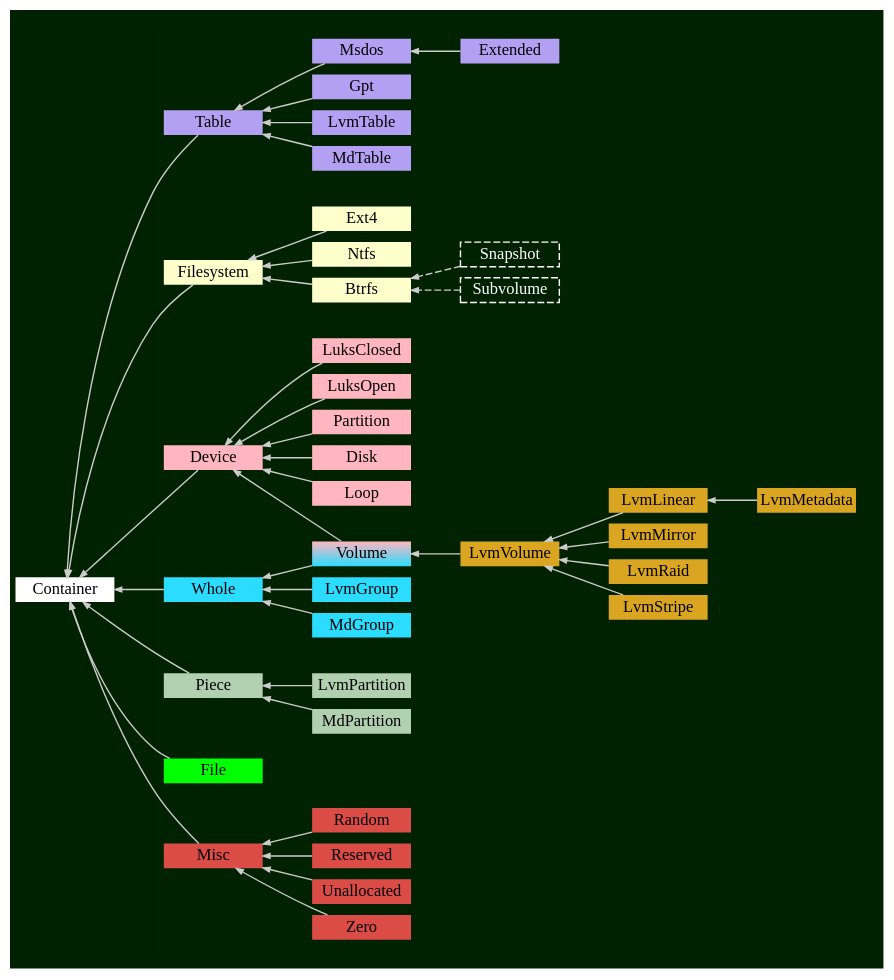
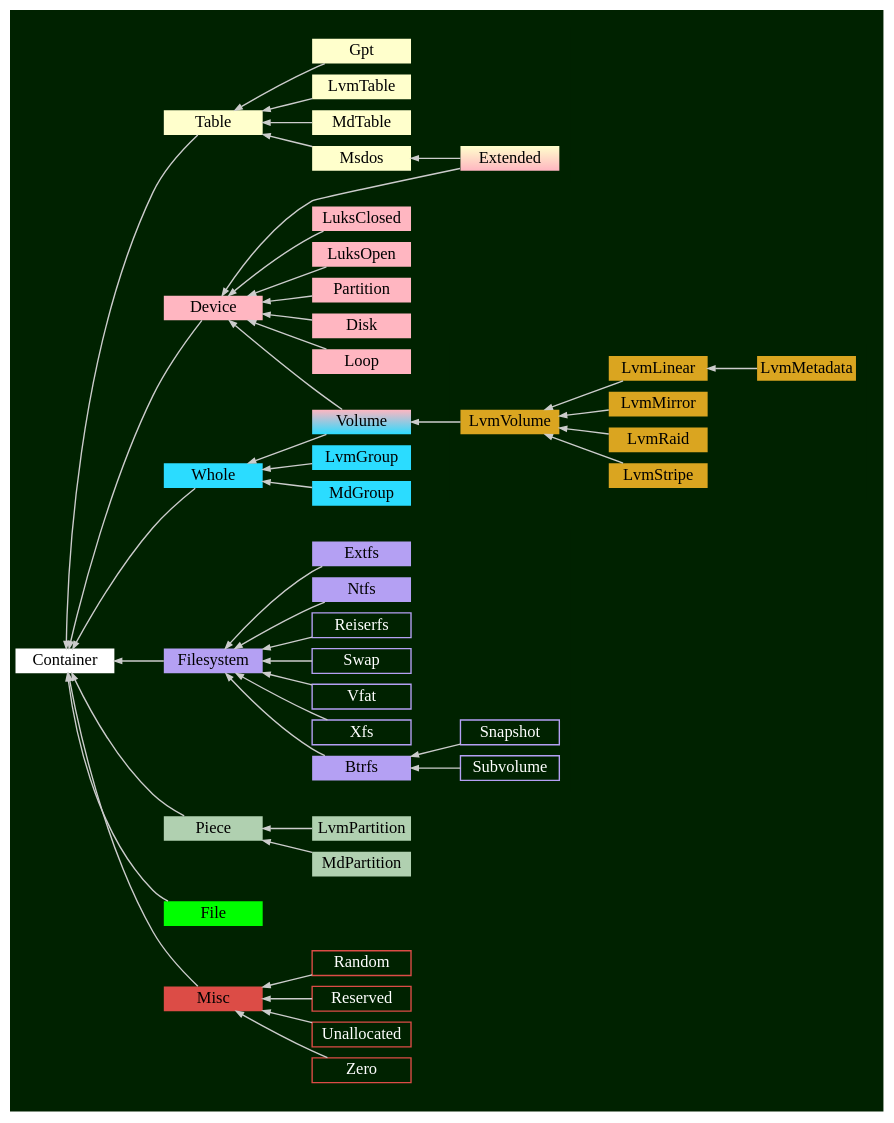
Before and after one commit to flatcap/dparted: the diagram in gfx/class_dparted4.gv, drawn with Graphviz. The commit also changed 9 other files, not shown here.

```diff
--- a/gfx/class_dparted4.gv
+++ b/gfx/class_dparted4.gv
@@ -1,134 +1,165 @@
 digraph G
 {
 	graph [ rankdir="RL" bgcolor="#002200", color=white nodesep=0.1 ranksep=0.5 ];
 	node  [ shape=record fontsize=12 style=filled color=white width="1.0" height="0.25" fixedsize=true penwidth=0 ];
 	edge  [ penwidth=1.0 color="#CCCCCC" arrowsize=0.5 ];
 
 	Container      [ fillcolor="#FFFFFF" ];
 
-	Extended       [ fillcolor="#B4A0F3" ];
-	Gpt            [ fillcolor="#B4A0F3" ];
-	LvmTable       [ fillcolor="#B4A0F3" ];
-	MdTable        [ fillcolor="#B4A0F3" ];
-	Msdos          [ fillcolor="#B4A0F3" ];
-	Table          [ fillcolor="#B4A0F3" ];
+	Table          [ fillcolor="#FFFFCC" ];
+	Gpt            [ fillcolor="#FFFFCC" ];
+	LvmTable       [ fillcolor="#FFFFCC" ];
+	MdTable        [ fillcolor="#FFFFCC" ];
+	Msdos          [ fillcolor="#FFFFCC" ];
+	Extended       [ fillcolor="#FFFFCC:#FFB6C1" gradientangle=270 ];
 
-	Btrfs          [ fillcolor="#FFFFCC" ];
-	Ext4           [ fillcolor="#FFFFCC" ];
-	Filesystem     [ fillcolor="#FFFFCC" ];
-	Ntfs           [ fillcolor="#FFFFCC" ];
+	Btrfs          [ fillcolor="#B4A0F3" ];
+	Extfs          [ fillcolor="#B4A0F3" ];
+	Filesystem     [ fillcolor="#B4A0F3" ];
+	Ntfs           [ fillcolor="#B4A0F3" ];
 
-	BtrfsSnapshot  [ label="Snapshot"  fontcolor=white style=dashed penwidth=1 ];
-	BtrfsSubvolume [ label="Subvolume" fontcolor=white style=dashed penwidth=1 ];
+	Reiserfs       [ color="#B4A0F3" fontcolor=white style=solid penwidth=1 ];
+	Swap           [ color="#B4A0F3" fontcolor=white style=solid penwidth=1 ];
+	Vfat           [ color="#B4A0F3" fontcolor=white style=solid penwidth=1 ];
+	Xfs            [ color="#B4A0F3" fontcolor=white style=solid penwidth=1 ];
+
+	BtrfsSnapshot  [ label="Snapshot"  color="#B4A0F3" fontcolor=white style=solid penwidth=1 ];
+	BtrfsSubvolume [ label="Subvolume" color="#B4A0F3" fontcolor=white style=solid penwidth=1 ];
 
 	Volume         [ fillcolor="#2BDCFF:#FFB6C1" gradientangle=90 ];
 	Whole          [ fillcolor="#2BDCFF" ];
 
 	LvmLinear      [ fillcolor="#DAA520" ];
 	LvmMetadata    [ fillcolor="#DAA520" ];
 	LvmMirror      [ fillcolor="#DAA520" ];
 	LvmRaid        [ fillcolor="#DAA520" ];
 	LvmStripe      [ fillcolor="#DAA520" ];
 	LvmVolume      [ fillcolor="#DAA520" ];
+
+	/*
+	MdLinear       [ fillcolor="#A5DA20" ];
+	MdMirror       [ fillcolor="#A5DA20" ];
+	MdRaid         [ fillcolor="#A5DA20" ];
+	MdStripe       [ fillcolor="#A5DA20" ];
+	MdVolume       [ fillcolor="#A5DA20" ];
+	*/
 
 	Device         [ fillcolor="#FFB6C1" ];
 	LuksClosed     [ fillcolor="#FFB6C1" ];
 	LuksOpen       [ fillcolor="#FFB6C1" ];
 	Partition      [ fillcolor="#FFB6C1" ];
 
 	Disk           [ fillcolor="#FFB6C1" ];
 	Loop           [ fillcolor="#FFB6C1" ];
 
 	LvmPartition   [ fillcolor="#B0D0B0" ];
 	MdPartition    [ fillcolor="#B0D0B0" ];
 	Piece          [ fillcolor="#B0D0B0" ];
 
 	File           [ fillcolor="#00FF00" ];
 
 	Misc           [ fillcolor="#DC4C46" ];
-	Random         [ fillcolor="#DC4C46" ];
-	Reserved       [ fillcolor="#DC4C46" ];
-	Unallocated    [ fillcolor="#DC4C46" ];
-	Zero           [ fillcolor="#DC4C46" ];
+	Random         [ color="#DC4C46" fontcolor=white style=solid penwidth=1 ];
+	Reserved       [ color="#DC4C46" fontcolor=white style=solid penwidth=1 ];
+	Unallocated    [ color="#DC4C46" fontcolor=white style=solid penwidth=1 ];
+	Zero           [ color="#DC4C46" fontcolor=white style=solid penwidth=1 ];
 
 	LvmGroup       [ fillcolor="#2BDCFF" ];
 	MdGroup        [ fillcolor="#2BDCFF" ];
 
 	Device     -> Container;
 	Filesystem -> Container;
 	Misc       -> Container;
 	Piece      -> Container;
 	Table      -> Container;
 	Whole      -> Container;
 
 	File       -> Container;
 
 	LvmVolume  -> Volume;
+	//MdVolume   -> Volume;
+
+	Extended   -> Device;
 
 	subgraph cluster_1 {
 		color = transparent;
 
 		Extended             -> Msdos;
 
 		Gpt                  -> Table;
 		LvmTable             -> Table;
 		MdTable              -> Table;
 		Msdos                -> Table;
 	}
 
 	subgraph cluster_2 {
 		color = transparent;
 
-		Ext4                 -> Filesystem;
+		Btrfs                -> Filesystem;
+		Extfs                -> Filesystem;
 		Ntfs                 -> Filesystem;
-		Btrfs                -> Filesystem;
+		Reiserfs             -> Filesystem;
+		Swap                 -> Filesystem;
+		Vfat                 -> Filesystem;
+		Xfs                  -> Filesystem;
 
-		BtrfsSubvolume       -> Btrfs [ style=dashed ];
-		BtrfsSnapshot        -> Btrfs [ style=dashed ];
+		BtrfsSubvolume       -> Btrfs;
+		BtrfsSnapshot        -> Btrfs;
 	}
 
 	subgraph cluster_3 {
 		color = transparent;
 
 		Zero                 -> Misc;
 		Random               -> Misc;
 		Reserved             -> Misc;
 		Unallocated          -> Misc;
 	}
 
 	subgraph cluster_4 {
 		color = transparent;
 
 		LvmPartition         -> Piece;
 		MdPartition          -> Piece;
 	}
 
 	subgraph cluster_5 {
 		color = transparent;
 
 		LvmMetadata          -> LvmLinear;
 		LvmLinear            -> LvmVolume;
 		LvmMirror            -> LvmVolume;
 		LvmRaid              -> LvmVolume;
 		LvmStripe            -> LvmVolume;
 	}
 
+	/*
 	subgraph cluster_6 {
+		color = transparent;
+
+		MdLinear             -> MdVolume;
+		MdMirror             -> MdVolume;
+		MdRaid               -> MdVolume;
+		MdStripe             -> MdVolume;
+	}
+	*/
+
+	subgraph cluster_7 {
 		color = transparent;
 
 		LvmGroup             -> Whole;
 		MdGroup              -> Whole;
 		Volume               -> Whole;
 	}
 
-	subgraph cluster_7 {
+	subgraph cluster_8 {
 		color = transparent;
 
 		Partition            -> Device;
 		LuksOpen             -> Device;
 		LuksClosed           -> Device;
 		Disk                 -> Device;
 		Loop                 -> Device;
 		Volume               -> Device;
 	}
 }
```
